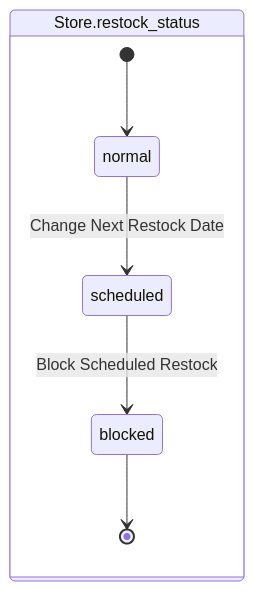
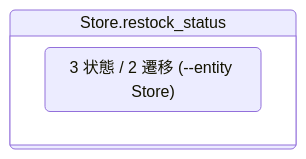
The diagram in samples/incremental-order/step-6-business-rules/out/state.mmd (manji-0/rdra-ish-dsl), drawn with Mermaid before and after one commit. The commit also changed 33 other files, not shown here.

First line of the commit message:
feat(cli): draw state models per entity, index the whole model, colour findings

```diff
--- a/samples/incremental-order/step-6-business-rules/out/state.mmd
+++ b/samples/incremental-order/step-6-business-rules/out/state.mmd
@@ -1,15 +1,7 @@
 %% rdra-ish diagram=state scope=whole model=samples/incremental-order/step-6-business-rules/src
-%% kinds: statemodel state usecase
+%% kinds: statemodel state
 %% omitted: (none)
 stateDiagram-v2
   state "Store.restock_status" as statemodel__Store_restock_status {
-    [*] --> state__Store_normal
-    state "normal" as state__Store_normal
-    state "scheduled" as state__Store_scheduled
-    state "blocked" as state__Store_blocked
-    %% transition usecase__ChangeNextRestockDate
-    state__Store_normal --> state__Store_scheduled : Change Next Restock Date
-    %% transition usecase__BlockScheduledRestock
-    state__Store_scheduled --> state__Store_blocked : Block Scheduled Restock
-    state__Store_blocked --> [*]
+    state "3 状態 / 2 遷移 (--entity Store)" as index__Store_restock_status
   }
```
